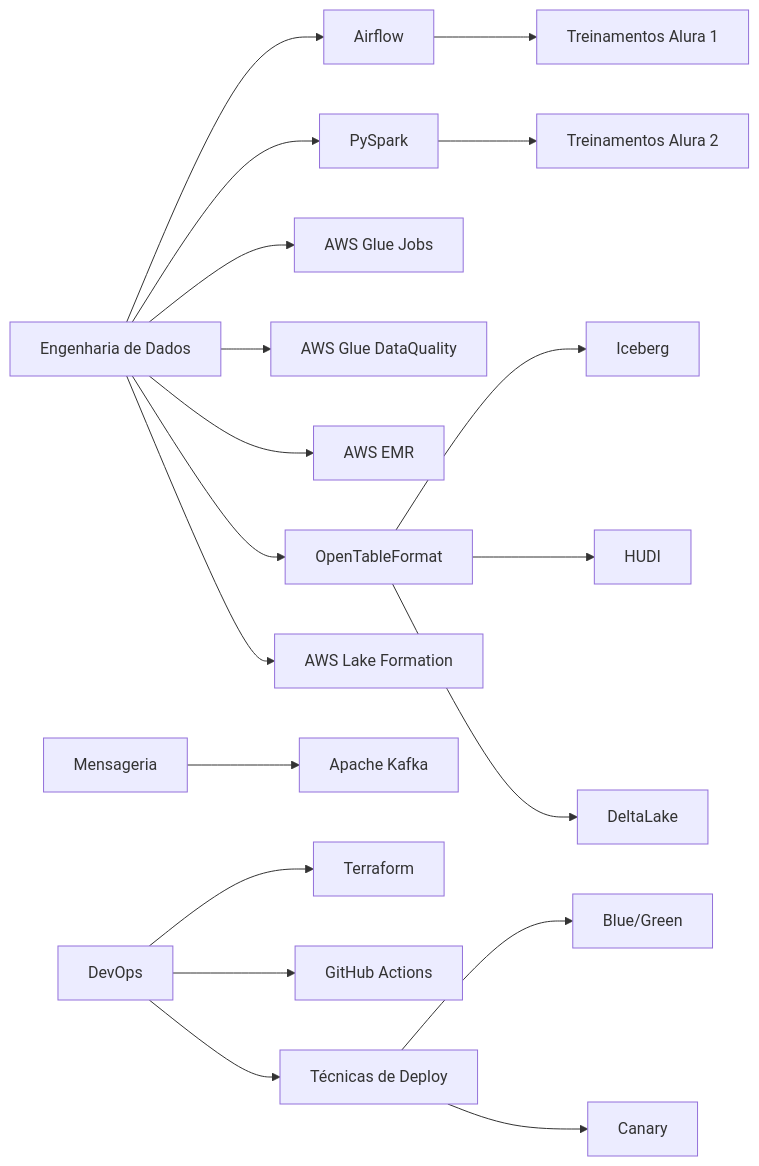
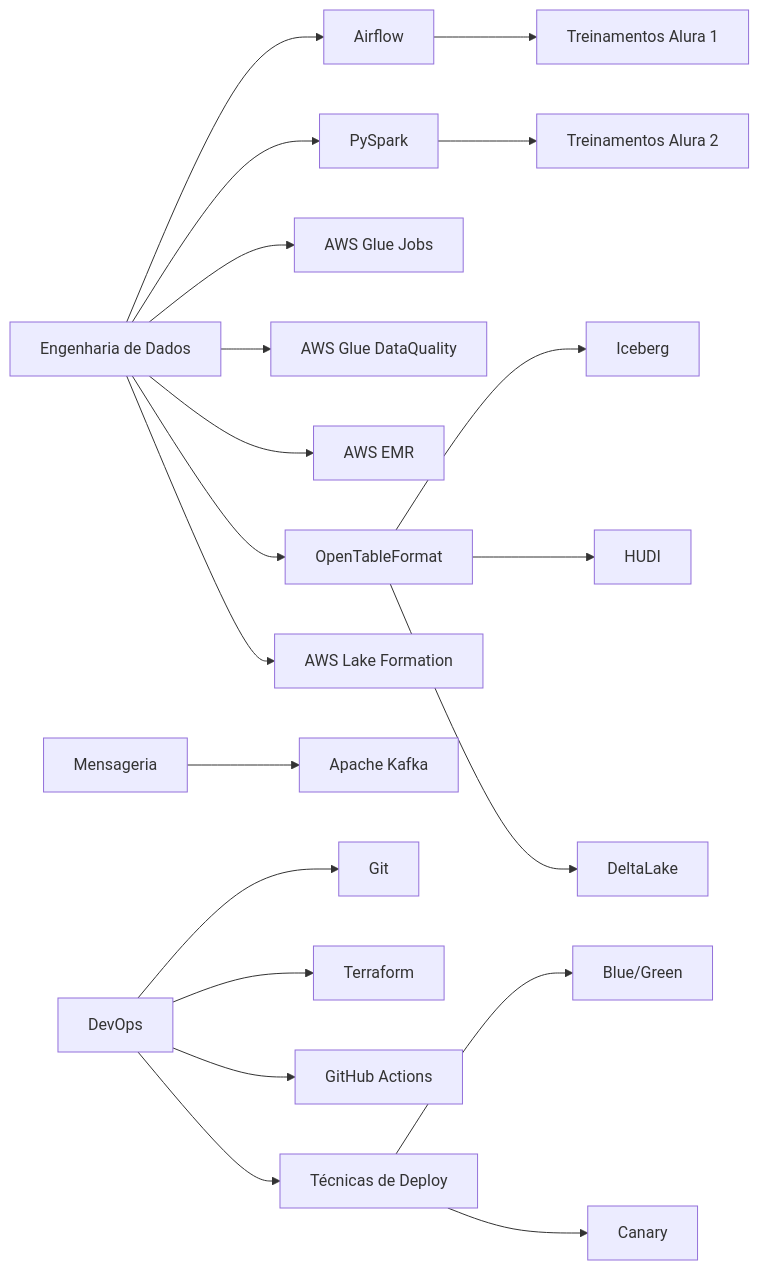
The diagram in README.md (tnromero/pdi), drawn with Mermaid before and after one commit.

````diff
--- a/README.md
+++ b/README.md
@@ -16,31 +16,32 @@
 ```mermaid
 
 graph LR;
     C[Engenharia de Dados];
     C --> C0[Airflow];
     C --> C1[PySpark];
     C --> C2[AWS Glue Jobs];
     C --> C22[AWS Glue DataQuality];
     C --> C3[AWS EMR];
     C --> C4[OpenTableFormat];
     C --> C5[AWS Lake Formation];
 
     C4 --> C41[Iceberg];
     C4 --> C42[HUDI];
     C4 --> C43[DeltaLake];
 
     D[Mensageria];
     D --> D1[Apache Kafka];
 
     E[DevOps];
+    E --> E0[Git];
     E --> E1[Terraform];
     E --> E2[GitHub Actions];
     E --> E3[Técnicas de Deploy];
 
     E3 --> E31[Blue/Green];
     E3 --> E32[Canary];
-        
+    
     C0 --> C111[Treinamentos Alura 1];
     C1 --> C112[Treinamentos Alura 2];
 
 ```
````
